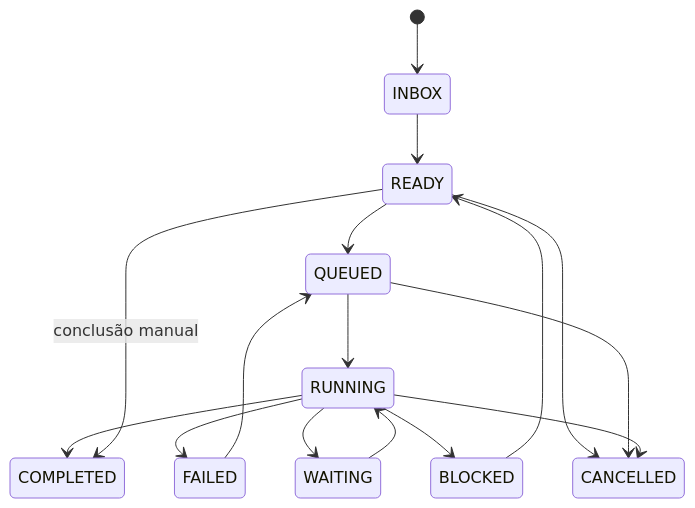
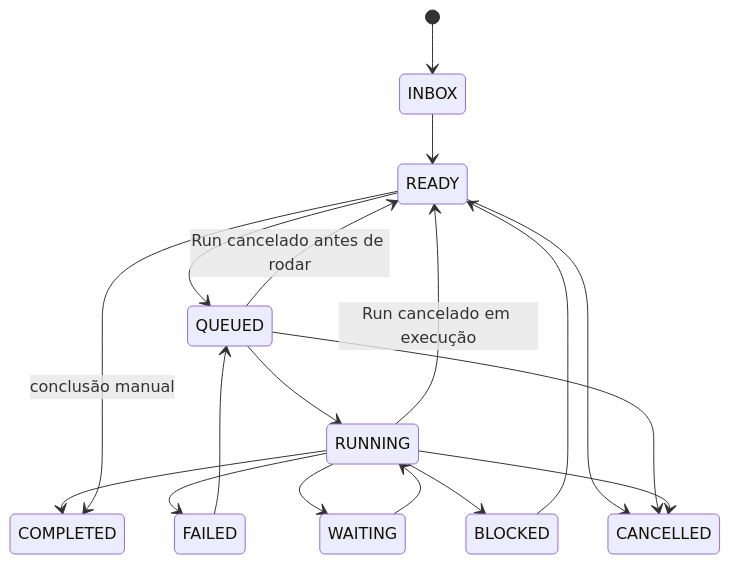
Before and after one commit to daniel--santos/dungeon-master: the first of 3 diagrams in docs/documentacao_ideia_e_fundamentos_tecnicos.md, drawn with Mermaid. The commit also changed other lines of this file and 1 other file, not shown here.

First line of the commit message:
docs: registrar o modelo de execução da Fase 2A

````diff
--- a/docs/documentacao_ideia_e_fundamentos_tecnicos.md
+++ b/docs/documentacao_ideia_e_fundamentos_tecnicos.md
@@ -1396,18 +1396,20 @@
 ```mermaid
 stateDiagram-v2
     [*] --> INBOX
     INBOX --> READY
     READY --> QUEUED
     QUEUED --> RUNNING
     RUNNING --> COMPLETED
     RUNNING --> FAILED
     RUNNING --> WAITING
     RUNNING --> BLOCKED
     WAITING --> RUNNING
     BLOCKED --> READY
     FAILED --> QUEUED
     READY --> CANCELLED
     QUEUED --> CANCELLED
     RUNNING --> CANCELLED
     READY --> COMPLETED: conclusão manual
+    QUEUED --> READY: Run cancelado antes de rodar
+    RUNNING --> READY: Run cancelado em execução
 ```
````
